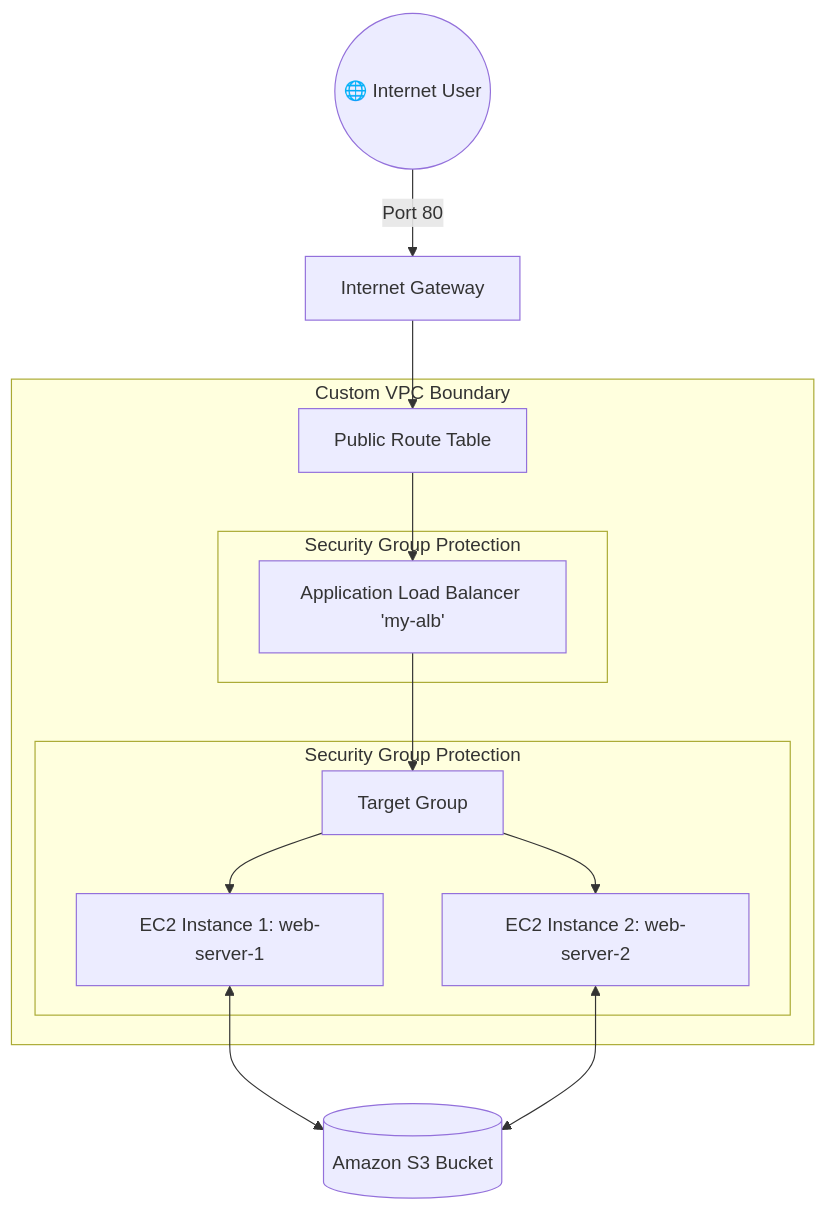
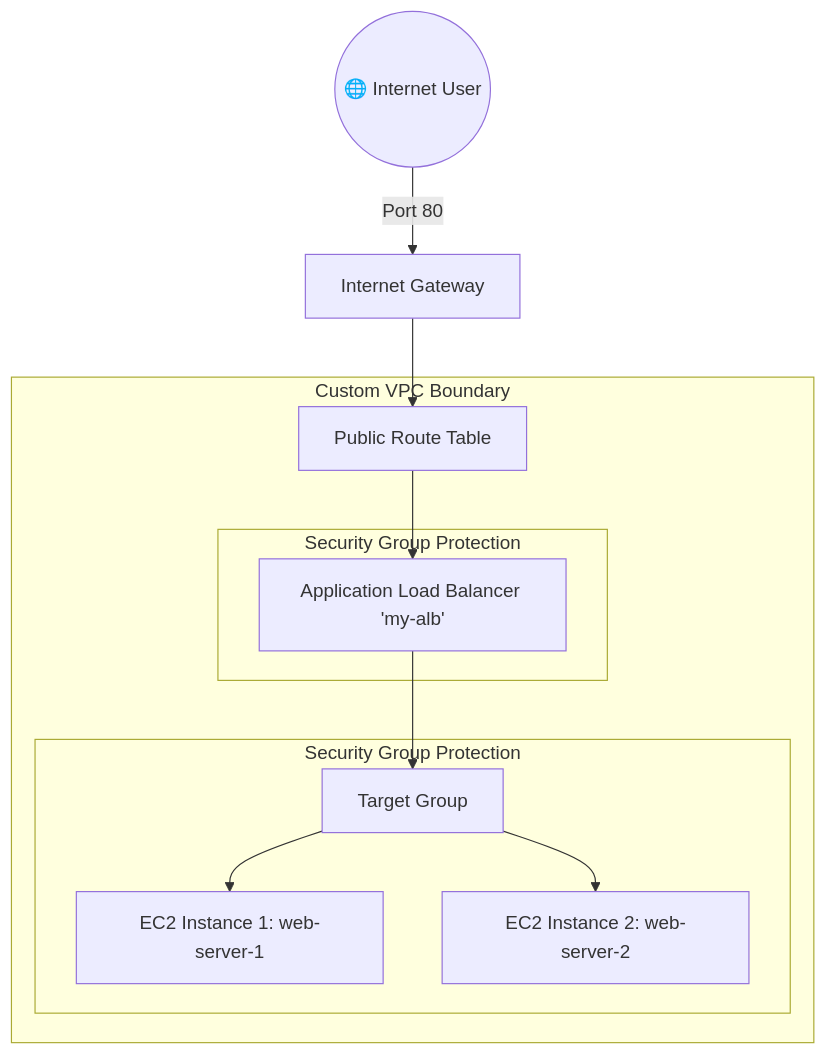
One commit to ShwetaMG/AWS-LEARNING changed the diagram in Terraform/README.md. Above: the diagram before and after it, drawn with Mermaid.

Commit message:
README.md content fixed

````diff
--- a/Terraform/README.md
+++ b/Terraform/README.md
@@ -8,29 +8,26 @@
 ```mermaid
 graph TD
     %% External Ingress
     User((🌐 Internet User)) -->|Port 80| IGW[Internet Gateway]
     IGW --> RouteTable[Public Route Table]
 
     %% Infrastructure Boundaries
     subgraph VPC [Custom VPC Boundary]
         RouteTable --> ALB
         
         %% Load Balancing Component wrapped by Firewall
         subgraph SG_ALB [Security Group Protection]
             ALB[Application Load Balancer 'my-alb']
         end
 
         ALB --> TG[Target Group]
 
         %% Target Web Servers wrapped by Firewall
         subgraph SG_Instances [Security Group Protection]
             TG --> EC2_1[EC2 Instance 1: web-server-1]
             TG --> EC2_2[EC2 Instance 2: web-server-2]
         end
     end
 
-    %% Storage Integration from the video diagram
-    EC2_1 <--> S3[(Amazon S3 Bucket)]
-    EC2_2 <--> S3
 
 ```   
````
